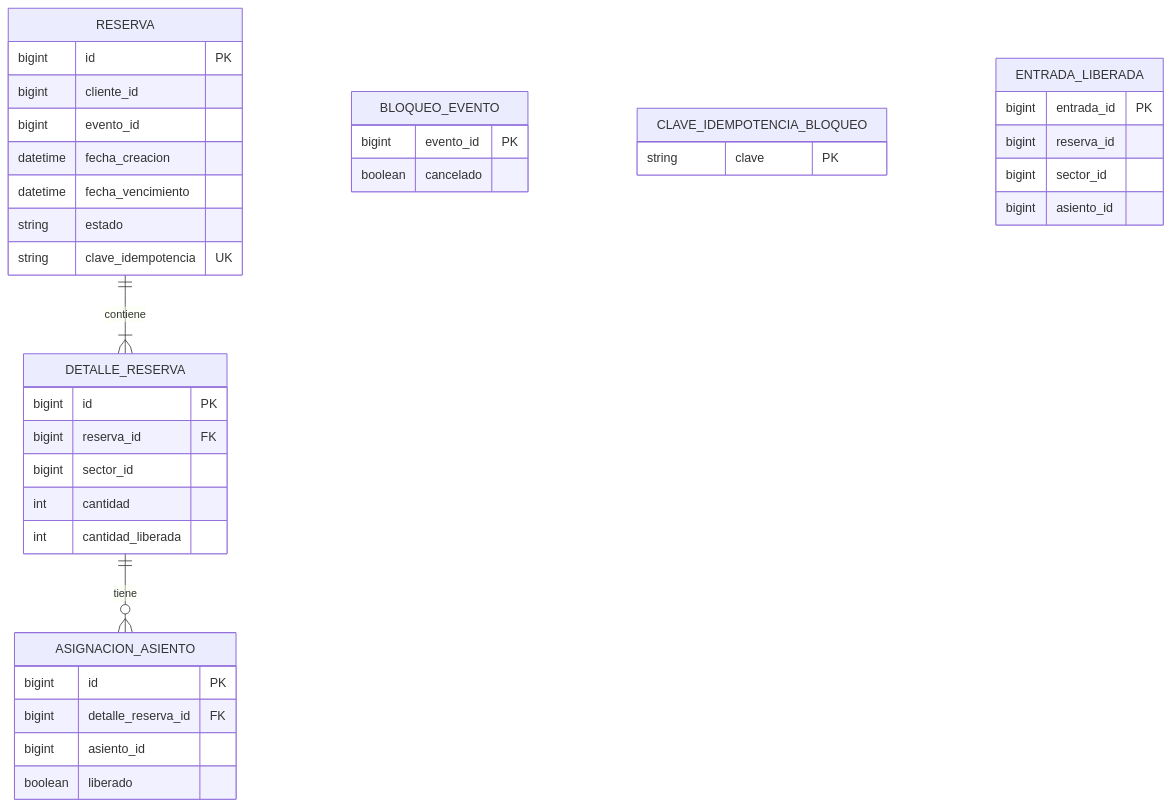
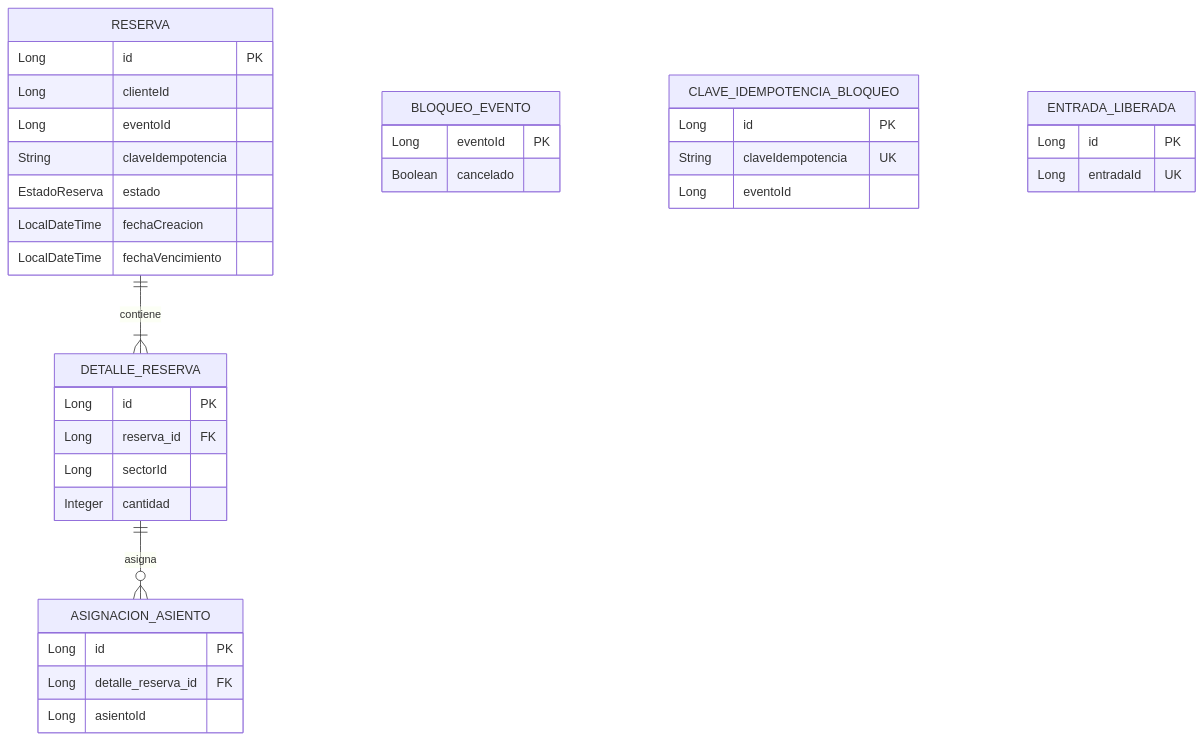
The diagram in TPE-micro1/msvc-reservas/docs/03-MODELO-DE-DATOS-RESERVAS.md (LuliDiNucci/arquitecturasGrupo12), drawn with Mermaid before and after one commit. The commit also changed other lines of this file and 6 other files, not shown here.

````diff
--- a/TPE-micro1/msvc-reservas/docs/03-MODELO-DE-DATOS-RESERVAS.md
+++ b/TPE-micro1/msvc-reservas/docs/03-MODELO-DE-DATOS-RESERVAS.md
@@ -11,41 +112,44 @@
 ```mermaid
 erDiagram
-  RESERVA ||--|{ DETALLE_RESERVA : contiene
-  DETALLE_RESERVA ||--o{ ASIGNACION_ASIENTO : tiene
+    RESERVA ||--|{ DETALLE_RESERVA : contiene
+    DETALLE_RESERVA ||--o{ ASIGNACION_ASIENTO : asigna
 
-  RESERVA {
-    bigint id PK
-    bigint cliente_id
-    bigint evento_id
-    datetime fecha_creacion
-    datetime fecha_vencimiento
-    string estado
-    string clave_idempotencia UK
-  }
-  DETALLE_RESERVA {
-    bigint id PK
-    bigint reserva_id FK
-    bigint sector_id
-    int cantidad
-    int cantidad_liberada
-  }
-  ASIGNACION_ASIENTO {
-    bigint id PK
-    bigint detalle_reserva_id FK
-    bigint asiento_id
-    boolean liberado
-  }
-  BLOQUEO_EVENTO {
-    bigint evento_id PK
-    boolean cancelado
-  }
-  CLAVE_IDEMPOTENCIA_BLOQUEO {
-    string clave PK
-  }
-  ENTRADA_LIBERADA {
-    bigint entrada_id PK
-    bigint reserva_id
-    bigint sector_id
-    bigint asiento_id
-  }
+    RESERVA {
+        Long id PK
+        Long clienteId
+        Long eventoId
+        String claveIdempotencia
+        EstadoReserva estado
+        LocalDateTime fechaCreacion
+        LocalDateTime fechaVencimiento
+    }
+
+    DETALLE_RESERVA {
+        Long id PK
+        Long reserva_id FK
+        Long sectorId
+        Integer cantidad
+    }
+
+    ASIGNACION_ASIENTO {
+        Long id PK
+        Long detalle_reserva_id FK
+        Long asientoId
+    }
+
+    BLOQUEO_EVENTO {
+        Long eventoId PK
+        Boolean cancelado
+    }
+
+    CLAVE_IDEMPOTENCIA_BLOQUEO {
+        Long id PK
+        String claveIdempotencia UK
+        Long eventoId
+    }
+
+    ENTRADA_LIBERADA {
+        Long id PK
+        Long entradaId UK
+    }
 ```
````
